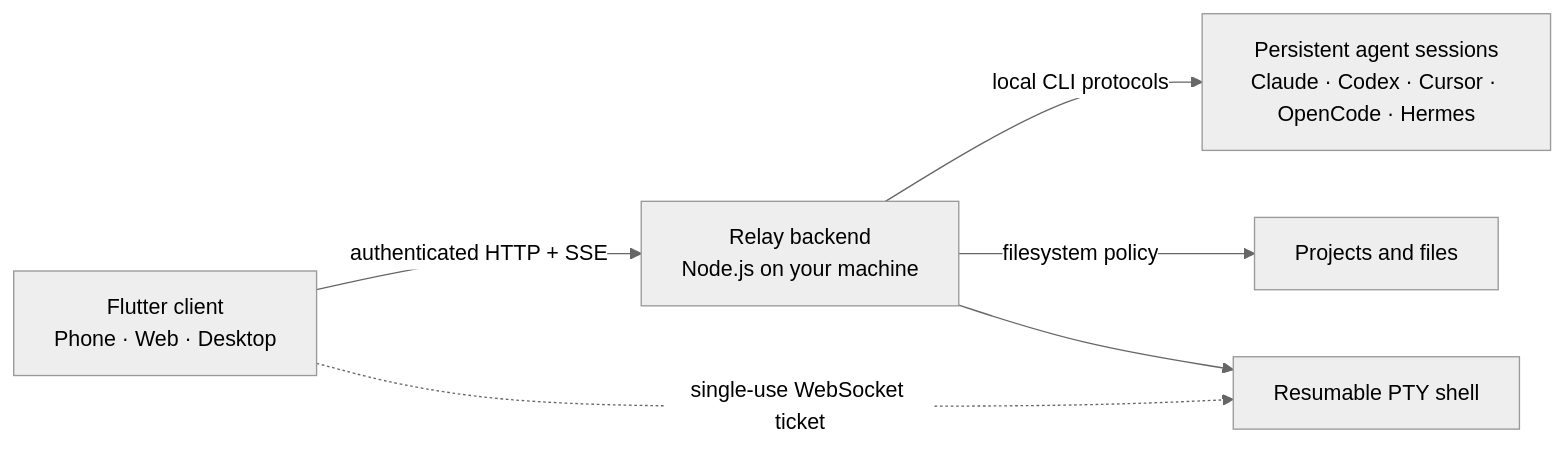
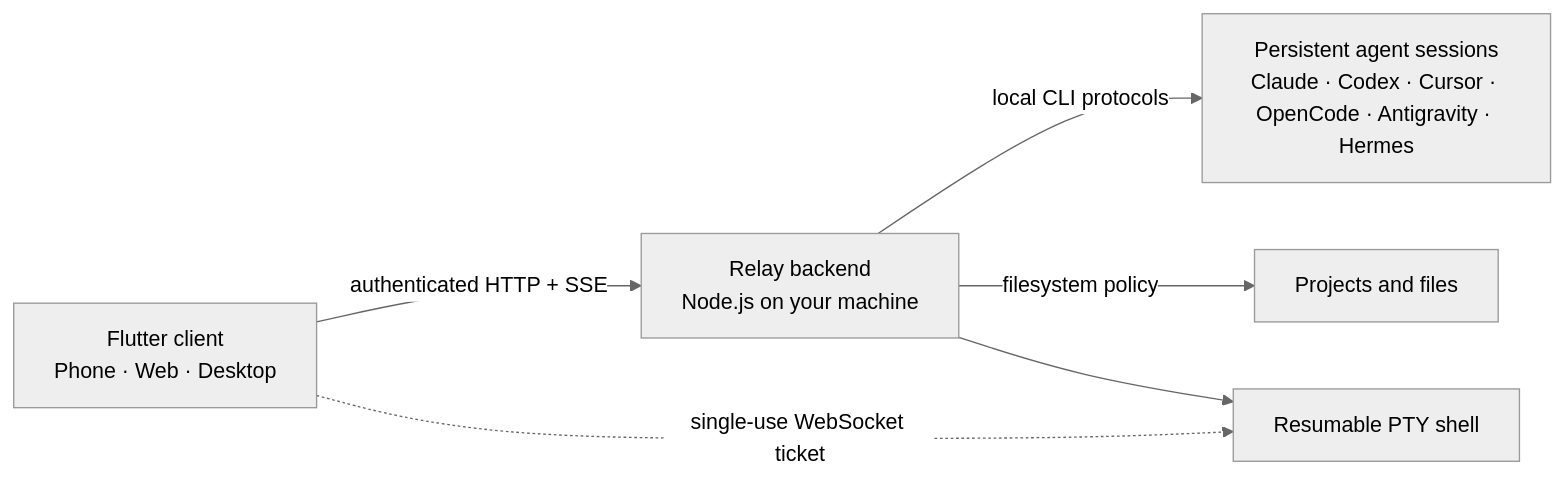
The diagram in README.md (elin66alpha/Relay), drawn with Mermaid (neutral theme) before and after one commit. The commit also changed other lines of this file and 67 other files, not shown here.

````diff
--- a/README.md
+++ b/README.md
@@ -76,14 +76,14 @@
 ```mermaid
 flowchart LR
     C["Flutter client<br/>Phone · Web · Desktop"]
     R["Relay backend<br/>Node.js on your machine"]
-    A["Persistent agent sessions<br/>Claude · Codex · Cursor · OpenCode · Hermes"]
+    A["Persistent agent sessions<br/>Claude · Codex · Cursor · OpenCode · Antigravity · Hermes"]
     F["Projects and files"]
     T["Resumable PTY shell"]
 
     C -->|"authenticated HTTP + SSE"| R
     R -->|"local CLI protocols"| A
     R -->|"filesystem policy"| F
     C -. "single-use WebSocket ticket" .-> T
     R --> T
 ```
````
